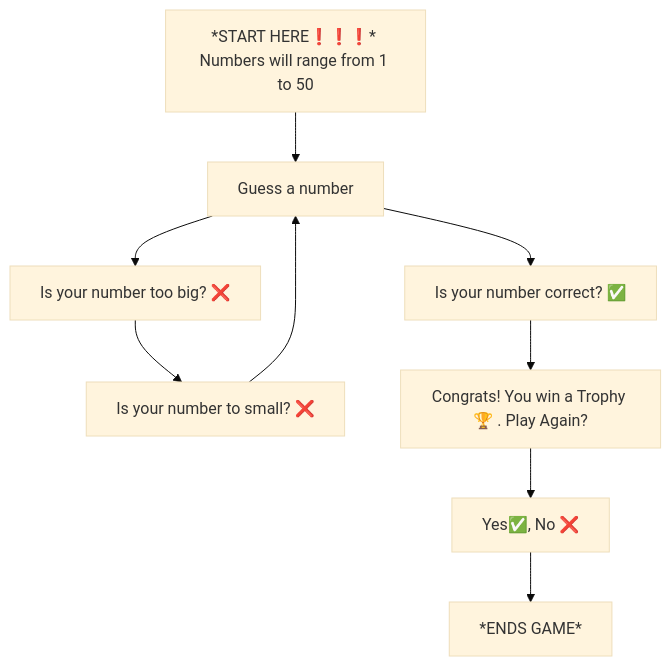
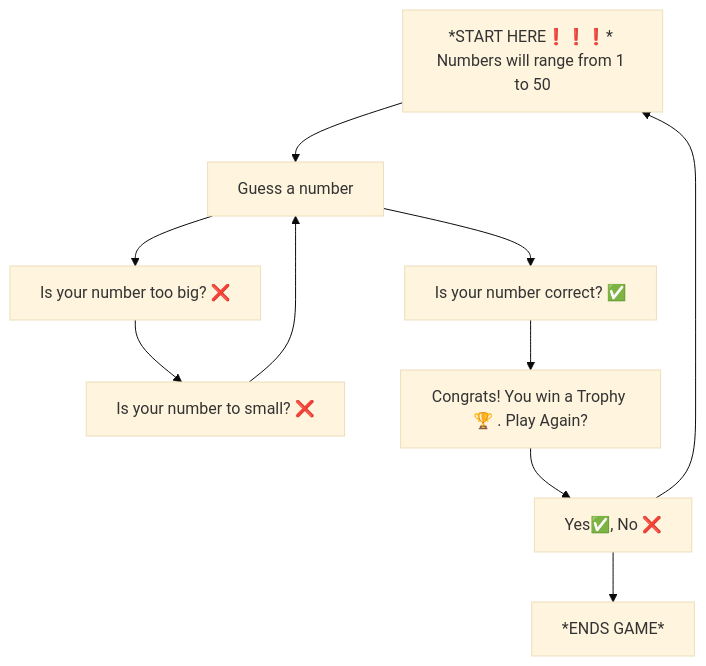
Before and after one commit to schope26/schope26.github.io: the diagram in README.md, drawn with Mermaid (base theme).

````diff
--- a/README.md
+++ b/README.md
@@ -22,12 +22,13 @@
 ```mermaid
 flowchart TD
     A[*START HERE❗❗❗* Numbers will range from 1 to 50] 
     --> B[Guess a number]
     --> C[Is your number too big? ❌]
     --> D[Is your number to small? ❌]
     --> B
     --> E[Is your number correct? ✅]
     --> F[ Congrats! You win a Trophy 🏆 . Play Again?]
     --> G[Yes✅, No ❌]
-    --> A+H[*ENDS GAME*]
+    --> H[*ENDS GAME*]
+    G --> A
 ```
````
